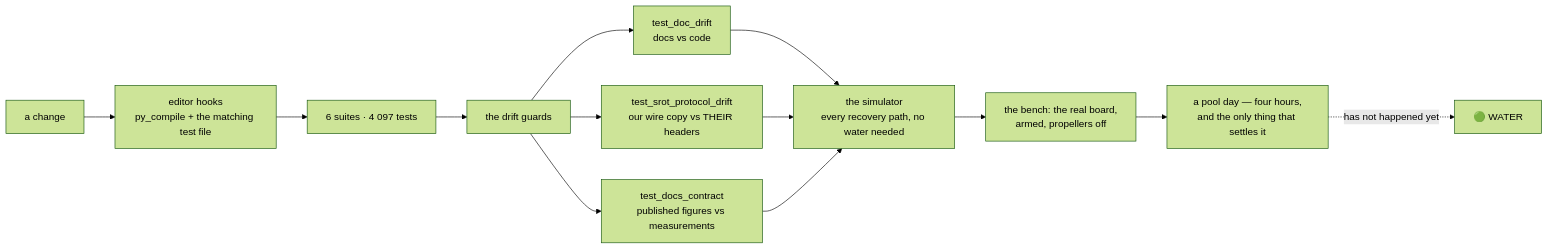
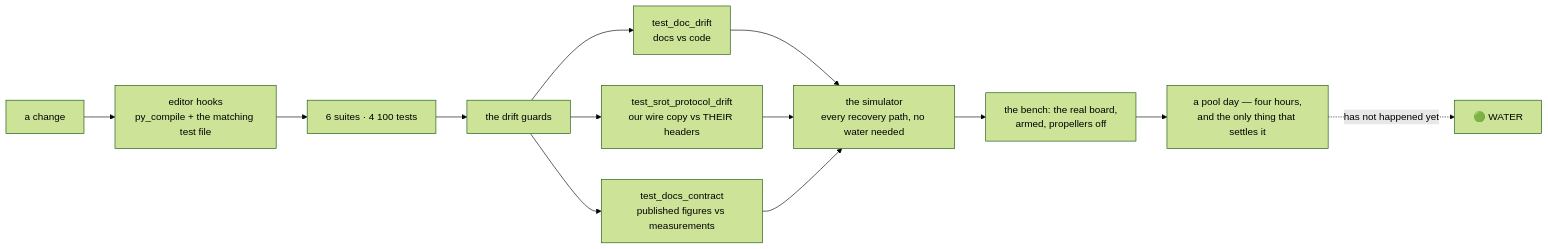
One commit to fh1m/mongla_ws changed the ninth of 10 diagrams in README.md. Above: the diagram before and after it, drawn with Mermaid (forest theme). The commit also changed other lines of this file and 4 other files, not shown here.

````diff
--- a/README.md
+++ b/README.md
@@ -752,15 +752,15 @@
 ```mermaid
 flowchart LR
     DEV["a change"] --> HOOK["editor hooks<br/>py_compile + the matching test file"]
-    HOOK --> UNIT["6 suites · 4 097 tests"]
+    HOOK --> UNIT["6 suites · 4 100 tests"]
     UNIT --> GUARD["the drift guards"]
     GUARD --> G1["test_doc_drift<br/>docs vs code"]
     GUARD --> G2["test_srot_protocol_drift<br/>our wire copy vs THEIR headers"]
     GUARD --> G3["test_docs_contract<br/>published figures vs measurements"]
     G1 --> SIM["the simulator<br/>every recovery path, no water needed"]
     G2 --> SIM
     G3 --> SIM
     SIM --> BENCH["the bench: the real board,<br/>armed, propellers off"]
     BENCH --> POOL["a pool day — four hours,<br/>and the only thing that settles it"]
     POOL -.->|"has not happened yet"| WATER["🟢 WATER"]
 ```
````
